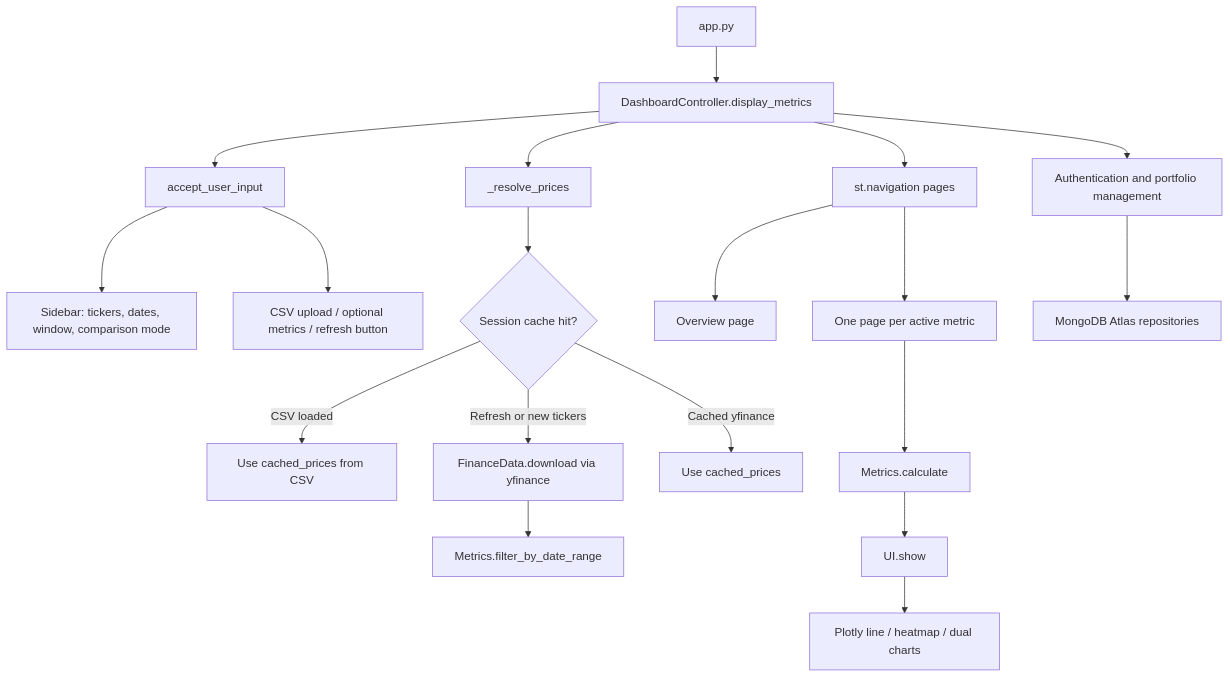
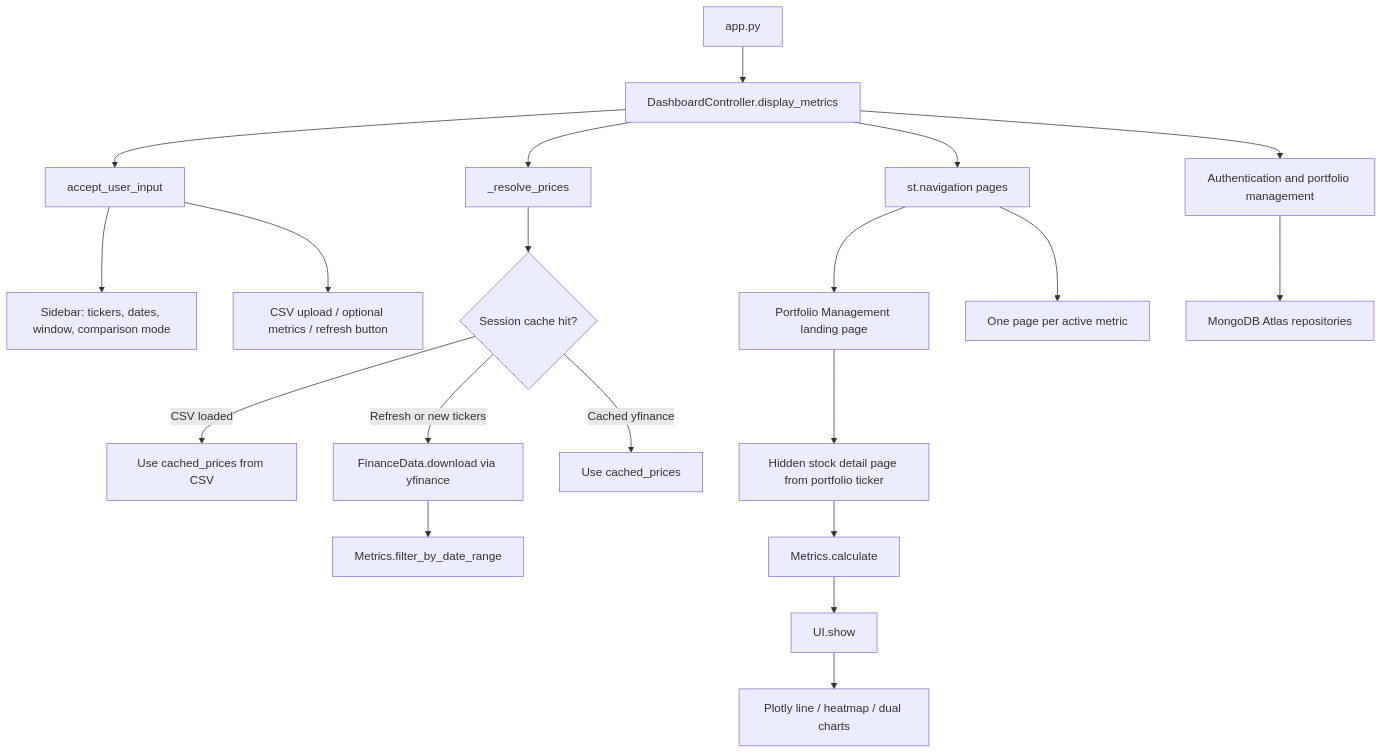
The diagram in AGENTS.md (skyel123/stock-recommendation-system), drawn with Mermaid before and after one commit. The commit also changed other lines of this file and 5 other files, not shown here.

````diff
--- a/AGENTS.md
+++ b/AGENTS.md
@@ -37,25 +37,26 @@
 ```mermaid
 flowchart TD
     A[app.py] --> B[DashboardController.display_metrics]
     B --> C[accept_user_input]
     B --> D[_resolve_prices]
     B --> E[st.navigation pages]
 
     C --> C1[Sidebar: tickers, dates, window, comparison mode]
     C --> C2[CSV upload / optional metrics / refresh button]
 
     D --> D1{Session cache hit?}
     D1 -->|CSV loaded| D2[Use cached_prices from CSV]
     D1 -->|Refresh or new tickers| D3[FinanceData.download via yfinance]
     D1 -->|Cached yfinance| D4[Use cached_prices]
     D3 --> D5[Metrics.filter_by_date_range]
 
-    E --> E1[Overview page]
-    E --> E2[One page per active metric]
+    E --> E1[Portfolio Management landing page]
+    E1 --> E2[Hidden stock detail page from portfolio ticker]
+    E --> E3[One page per active metric]
     B --> H[Authentication and portfolio management]
 
     E2 --> F[Metrics.calculate]
     F --> G[UI.show]
     G --> G1[Plotly line / heatmap / dual charts]
     H --> H1[MongoDB Atlas repositories]
 ```
````
